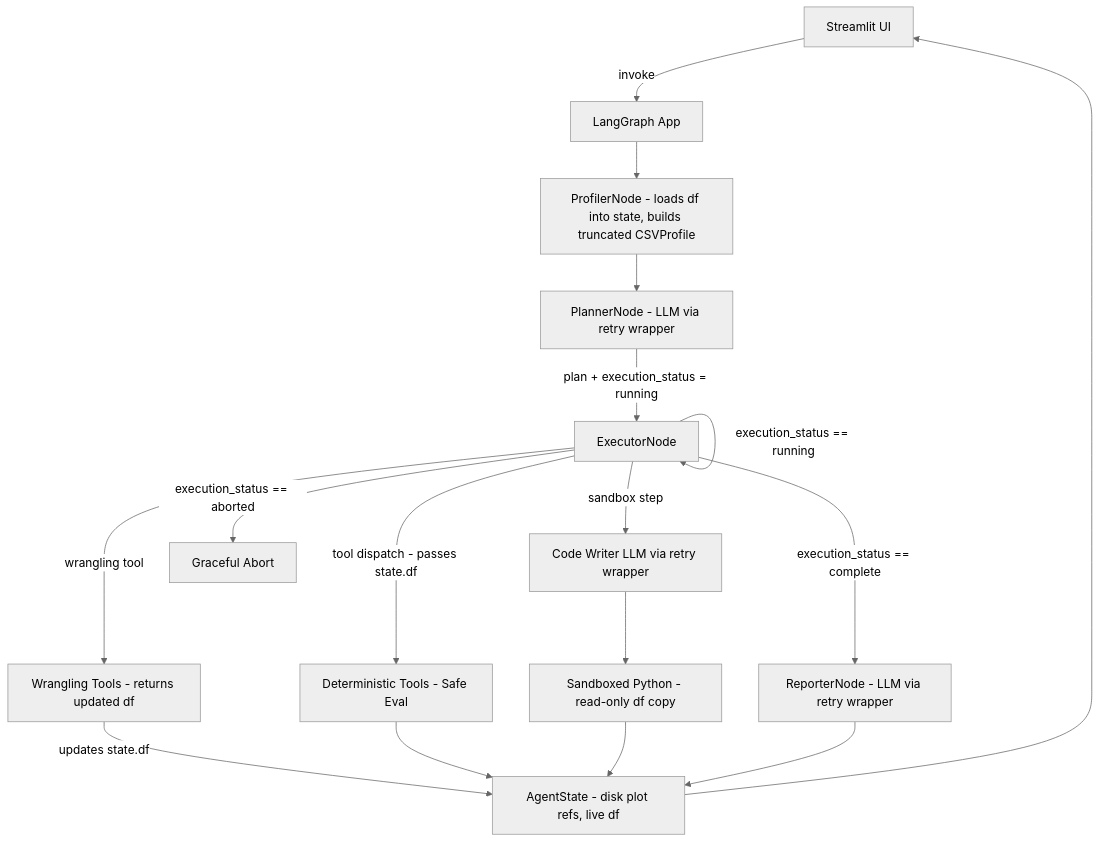
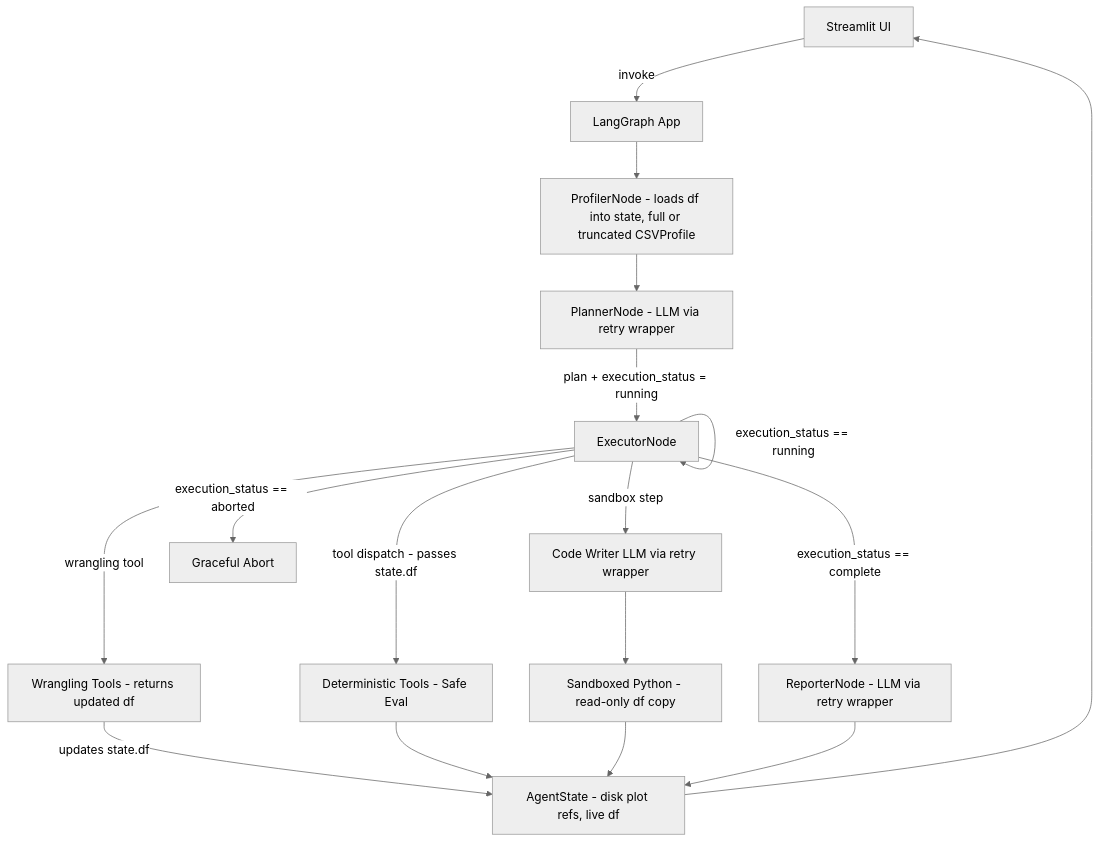
The diagram in docs/ARCHITECTURE.md (mohamadmeri/scrygent), drawn with Mermaid (neutral theme) before and after one commit. The commit also changed other lines of this file and 5 other files, not shown here.

````diff
--- a/docs/ARCHITECTURE.md
+++ b/docs/ARCHITECTURE.md
@@ -238,19 +238,19 @@
 ```mermaid
 graph TD
     UI[Streamlit UI] -->|invoke| Graph[LangGraph App]
-    Graph --> Profiler[ProfilerNode - loads df into state, builds truncated CSVProfile]
+    Graph --> Profiler[ProfilerNode - loads df into state, full or truncated CSVProfile]
     Profiler --> Planner[PlannerNode - LLM via retry wrapper]
     Planner -->|plan + execution_status = running| Executor[ExecutorNode]
     Executor -->|tool dispatch - passes state.df| Tools[Deterministic Tools - Safe Eval]
     Executor -->|wrangling tool| Wrangling[Wrangling Tools - returns updated df]
     Wrangling -->|updates state.df| State
     Executor -->|sandbox step| CodeWriter[Code Writer LLM via retry wrapper]
     CodeWriter --> Sandbox[Sandboxed Python - read-only df copy]
     Tools --> State[AgentState - disk plot refs, live df]
     Sandbox --> State
     Executor -->|execution_status == running| Executor
     Executor -->|execution_status == complete| Reporter[ReporterNode - LLM via retry wrapper]
     Executor -->|execution_status == aborted| Abort[Graceful Abort]
     Reporter --> State
     State --> UI
 ```
````
